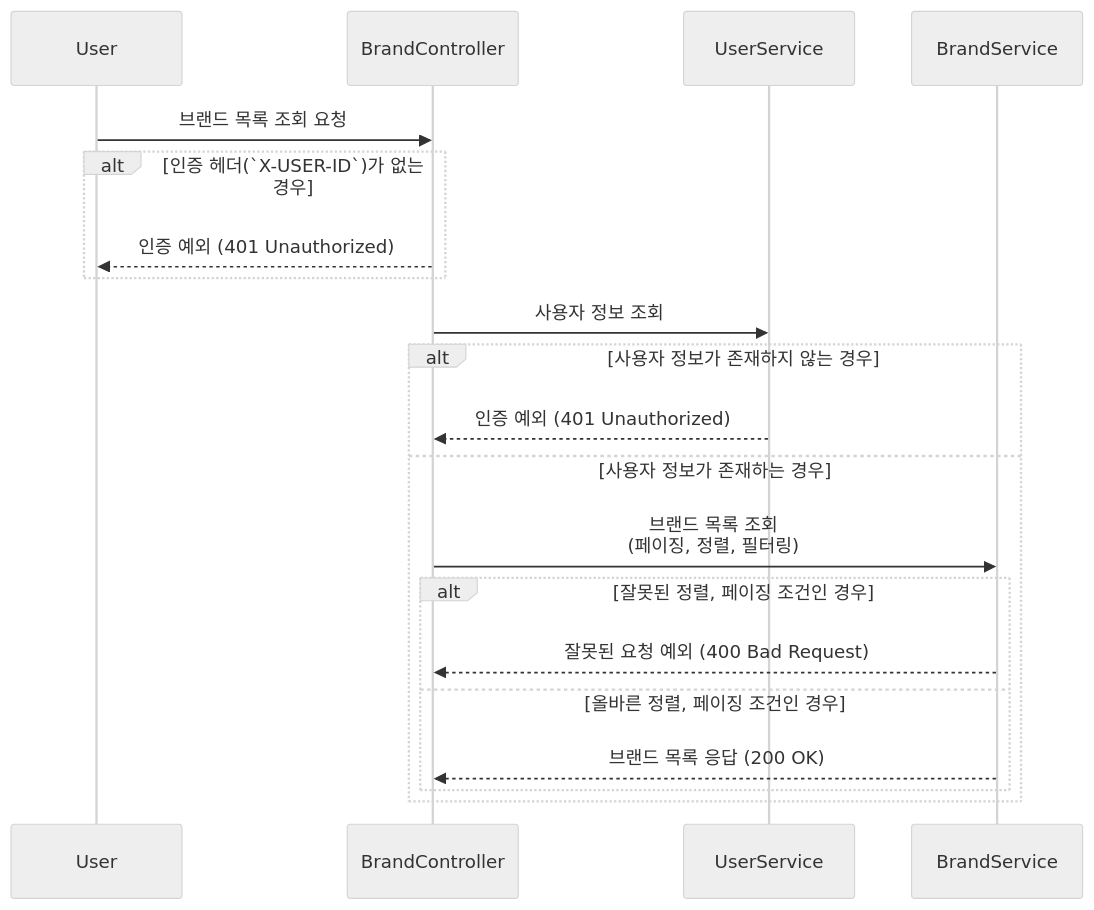
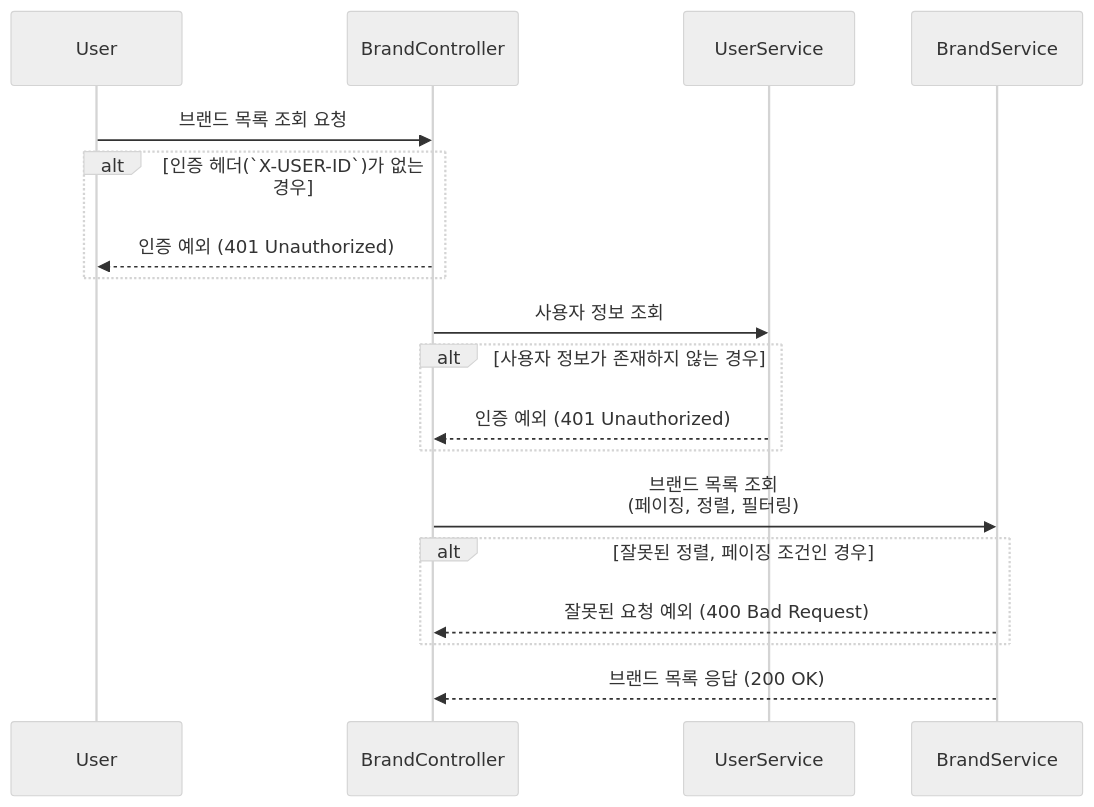
The first of 3 diagrams in docs/design/02-sequence-diagrams/brand.md (kiekk/gamsung-commerce), drawn with Mermaid (neutral theme) before and after one commit. The commit also changed other lines of this file, not shown here.

First line of the commit message:
docs: 브랜드 시퀀스 다이어그램 수정

````diff
--- a/docs/design/02-sequence-diagrams/brand.md
+++ b/docs/design/02-sequence-diagrams/brand.md
@@ -5,22 +5,20 @@
 ```mermaid
 sequenceDiagram
     participant User
     participant BrandController
     participant UserService
     participant BrandService
     User ->> BrandController: 브랜드 목록 조회 요청
     alt 인증 헤더(`X-USER-ID`)가 없는 경우
         BrandController -->> User: 인증 예외 (401 Unauthorized)
     end
     BrandController ->> UserService: 사용자 정보 조회
     alt 사용자 정보가 존재하지 않는 경우
         UserService -->> BrandController: 인증 예외 (401 Unauthorized)
-    else 사용자 정보가 존재하는 경우
-        BrandController ->> BrandService: 브랜드 목록 조회<br/>(페이징, 정렬, 필터링)
-        alt 잘못된 정렬, 페이징 조건인 경우
-            BrandService -->> BrandController: 잘못된 요청 예외 (400 Bad Request)
-        else 올바른 정렬, 페이징 조건인 경우
-            BrandService -->> BrandController: 브랜드 목록 응답 (200 OK)
-        end
     end
+    BrandController ->> BrandService: 브랜드 목록 조회<br/>(페이징, 정렬, 필터링)
+    alt 잘못된 정렬, 페이징 조건인 경우
+        BrandService -->> BrandController: 잘못된 요청 예외 (400 Bad Request)
+    end
+    BrandService -->> BrandController: 브랜드 목록 응답 (200 OK)
 ```
````
